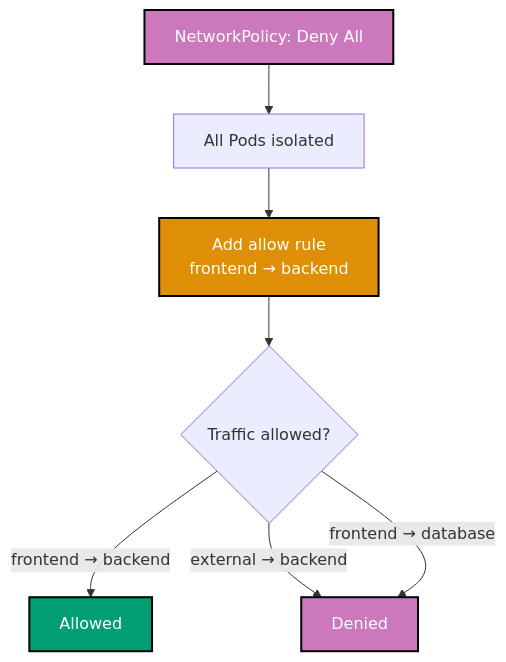
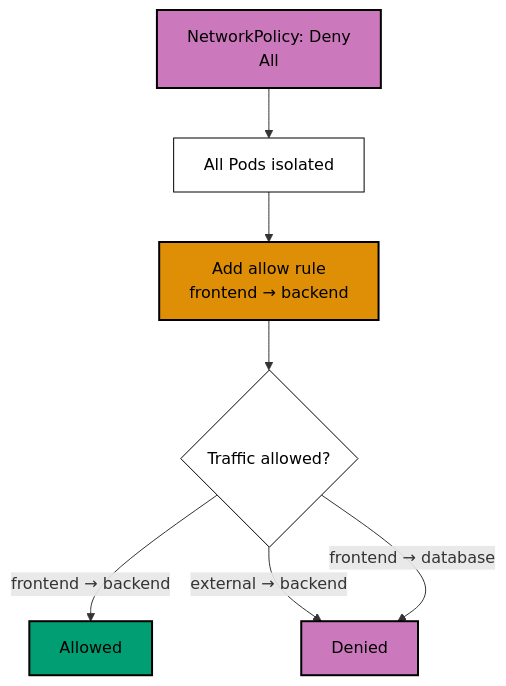
Before and after one commit to wahidyankf/ose-public: the third of 14 diagrams in apps/ayokoding-www/content/en/learn/legacy/software-engineering/infrastructure/tools/kubernetes/by-example/advanced.md, drawn with Mermaid. The commit also changed other lines of this file and 131 other files, not shown here.

First line of the commit message:
fix(mermaid): bring the legacy data, infrastructure, and testing diagrams onto the accessible palette

````diff
--- a/apps/ayokoding-www/content/en/learn/legacy/software-engineering/infrastructure/tools/kubernetes/by-example/advanced.md
+++ b/apps/ayokoding-www/content/en/learn/legacy/software-engineering/infrastructure/tools/kubernetes/by-example/advanced.md
@@ -1140,16 +1155,22 @@
 ```mermaid
 %% Color Palette: Blue #0173B2, Orange #DE8F05, Teal #029E73, Purple #CC78BC, Brown #CA9161
 %% Default deny with explicit allow
 graph TD
- A[NetworkPolicy: Deny All] --> B[All Pods isolated]
+ accTitle: Example 65: Default Deny Network Policy
+ accDescr: Graph with 6 nodes and 6 connections. Nodes: NetworkPolicy: Deny All, All Pods isolated, Add allow rule frontend → backend, Traffic allowed?, Allowed, Denied. Connections: NetworkPolicy: Deny All to All Pods isolated, All Pods isolated to Add allow rule frontend → backend, Add allow rule frontend → backend to Traffic allowed?, Traffic allowed? to Allowed (frontend → backend), Traffic allowed? to Denied (external → backend), Traffic allowed? to Denied (frontend → database).
+ A[NetworkPolicy: Deny<br/>All] --> B[All Pods isolated]
  B --> C[Add allow rule<br/>frontend → backend]
  C --> D{Traffic allowed?}
  D -->|frontend → backend| E[Allowed]
  D -->|external → backend| F[Denied]
  D -->|frontend → database| F
 
- style A fill:#CC78BC,stroke:#000000,stroke-width:2px,color:#fff
- style C fill:#DE8F05,stroke:#000000,stroke-width:2px,color:#fff
- style E fill:#029E73,stroke:#000000,stroke-width:2px,color:#fff
- style F fill:#CC78BC,stroke:#000000,stroke-width:2px,color:#fff
+ classDef pal-CC78BC fill:#CC78BC,stroke:#000000,color:#000000,stroke-width:2px
+ class A pal-CC78BC
+ classDef pal-DE8F05 fill:#DE8F05,stroke:#000000,color:#000000,stroke-width:2px
+ class C pal-DE8F05
+ classDef pal-029E73 fill:#029E73,stroke:#000000,color:#000000,stroke-width:2px
+ class E pal-029E73
+ class F pal-CC78BC
+ classDef default fill:#FFFFFF,stroke:#000000,color:#000000
 ```
````
